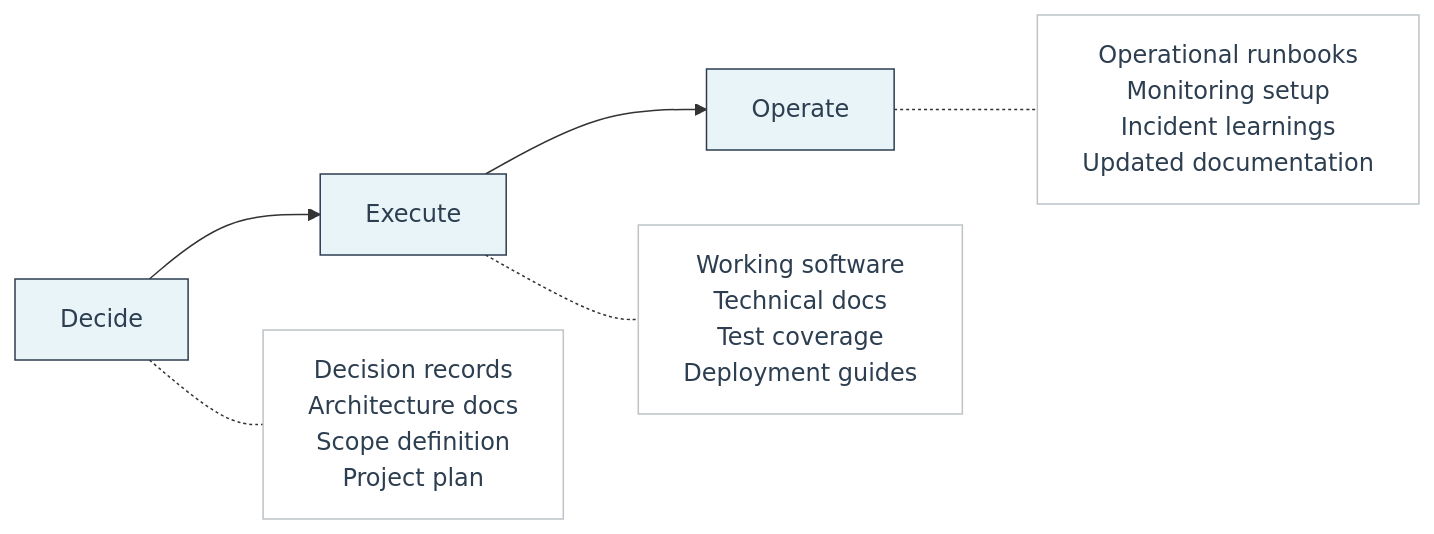
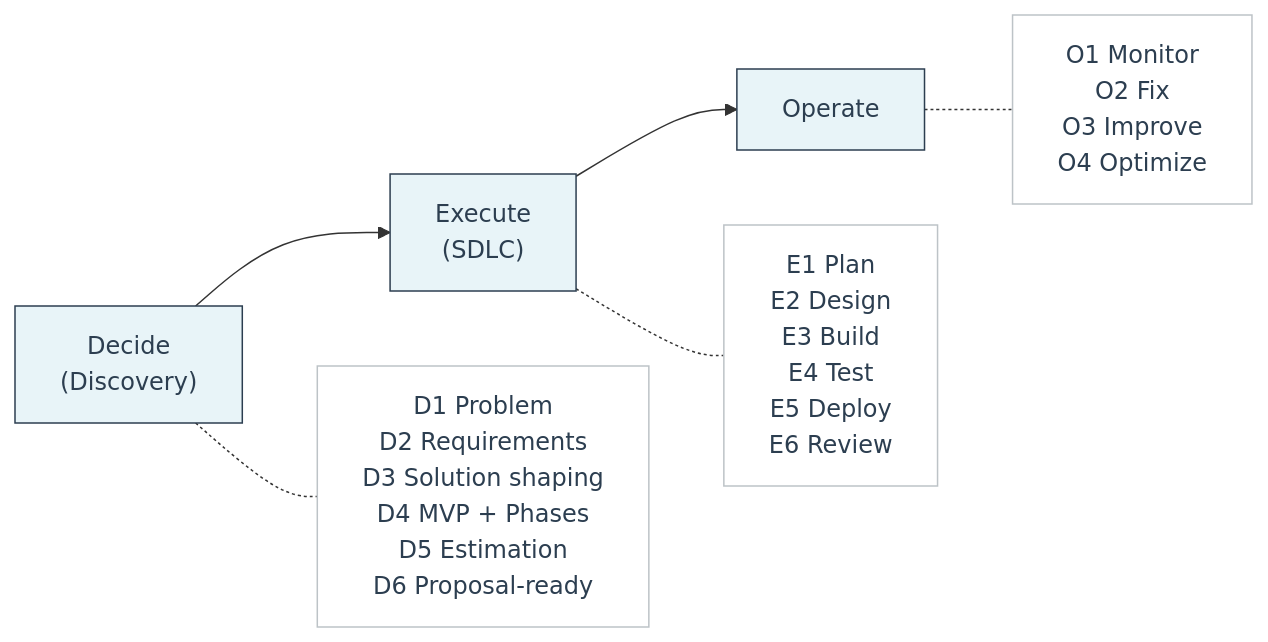
One commit to admin-feel-coding/feel-coding-docs changed the diagram in website/docs/framework/d2e.md. Above: the diagram before and after it, drawn with Mermaid. The commit also changed other lines of this file and 1 other file, not shown here.

````diff
--- a/website/docs/framework/d2e.md
+++ b/website/docs/framework/d2e.md
@@ -14,26 +16,17 @@
 ```mermaid
 graph LR
-    D["Decide"] --> E["Execute"] --> O["Operate"]
+    D["Decide\n(Discovery)"] --> E["Execute\n(SDLC)"] --> O["Operate"]
 
-    D -.- D_out["Decision records
-    Architecture docs
-    Scope definition
-    Project plan"]
+    D -.- D_out["D1 Problem\nD2 Requirements\nD3 Solution shaping\nD4 MVP + Phases\nD5 Estimation\nD6 Proposal-ready"]
 
-    E -.- E_out["Working software
-    Technical docs
-    Test coverage
-    Deployment guides"]
+    E -.- E_out["E1 Plan\nE2 Design\nE3 Build\nE4 Test\nE5 Deploy\nE6 Review"]
 
-    O -.- O_out["Operational runbooks
-    Monitoring setup
-    Incident learnings
-    Updated documentation"]
+    O -.- O_out["O1 Monitor\nO2 Fix\nO3 Improve\nO4 Optimize"]
 
     style D fill:#e8f4f8,stroke:#2c3e50,color:#2c3e50
     style E fill:#e8f4f8,stroke:#2c3e50,color:#2c3e50
     style O fill:#e8f4f8,stroke:#2c3e50,color:#2c3e50
     style D_out fill:#fff,stroke:#bdc3c7,color:#2c3e50
     style E_out fill:#fff,stroke:#bdc3c7,color:#2c3e50
     style O_out fill:#fff,stroke:#bdc3c7,color:#2c3e50
 ```
````
